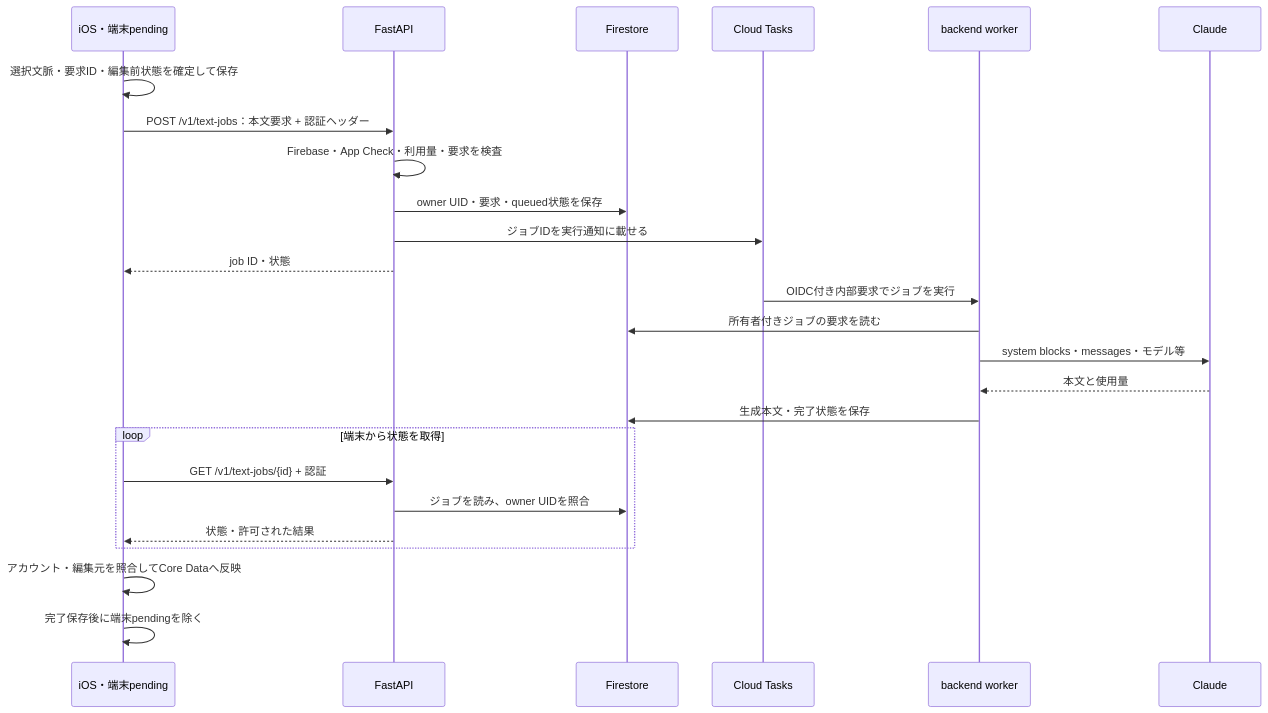
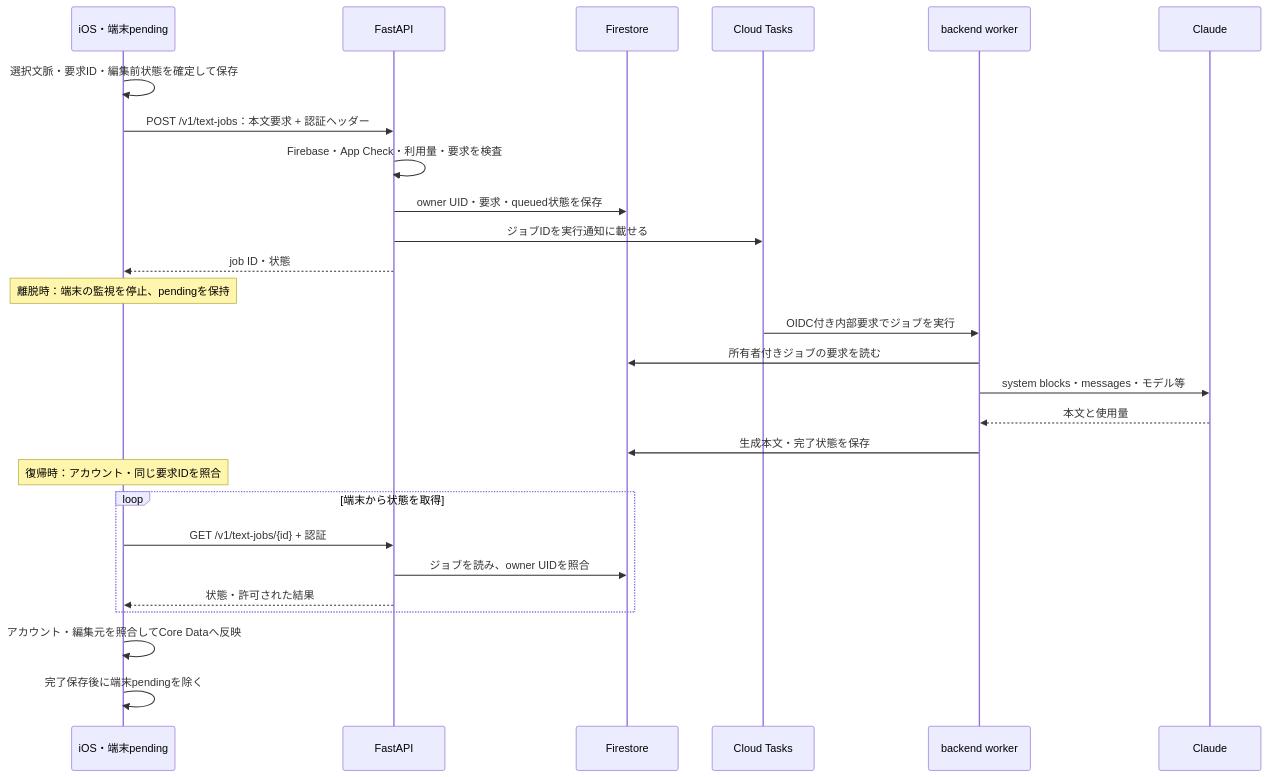
Before and after one commit to Technarra/kantokuai-portfolio: the fourth of 4 diagrams in docs/data-flow.md, drawn with Mermaid. The commit also changed other lines of this file and 3 other files, not shown here.

````diff
--- a/docs/data-flow.md
+++ b/docs/data-flow.md
@@ -144,27 +166,29 @@
 ```mermaid
 sequenceDiagram
     participant A as iOS・端末pending
     participant B as FastAPI
     participant F as Firestore
     participant Q as Cloud Tasks
     participant W as backend worker
     participant L as Claude
     A->>A: 選択文脈・要求ID・編集前状態を確定して保存
     A->>B: POST /v1/text-jobs：本文要求 + 認証ヘッダー
     B->>B: Firebase・App Check・利用量・要求を検査
     B->>F: owner UID・要求・queued状態を保存
     B->>Q: ジョブIDを実行通知に載せる
     B-->>A: job ID・状態
+    Note over A: 離脱時：端末の監視を停止、pendingを保持
     Q->>W: OIDC付き内部要求でジョブを実行
     W->>F: 所有者付きジョブの要求を読む
     W->>L: system blocks・messages・モデル等
     L-->>W: 本文と使用量
     W->>F: 生成本文・完了状態を保存
+    Note over A: 復帰時：アカウント・同じ要求IDを照合
     loop 端末から状態を取得
         A->>B: GET /v1/text-jobs/{id} + 認証
         B->>F: ジョブを読み、owner UIDを照合
         B-->>A: 状態・許可された結果
     end
     A->>A: アカウント・編集元を照合してCore Dataへ反映
     A->>A: 完了保存後に端末pendingを除く
 ```
````
